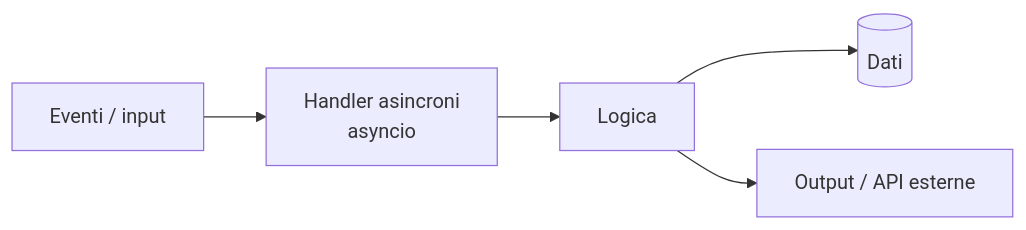
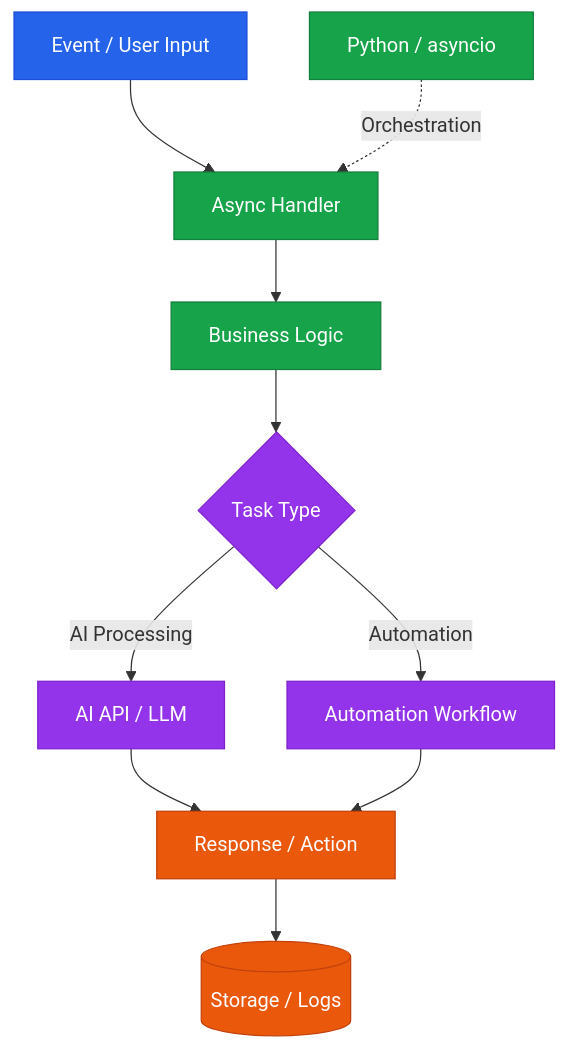
One commit to leosalazar97/leosalazar97 changed the fourth of 5 diagrams in README.md. Above: the diagram before and after it, drawn with Mermaid. The commit also changed other lines of this file, not shown here.

````diff
--- a/README.md
+++ b/README.md
@@ -116,7 +136,22 @@
 ```mermaid
-flowchart LR
-    A[Eventi / input] --> B[Handler asincroni<br/>asyncio]
-    B --> C[Logica]
-    C --> D[(Dati)]
-    C --> E[Output / API esterne]
+flowchart TD
+    A[Event / User Input] --> B[Async Handler]
+    B --> C[Business Logic]
+    C --> D{Task Type}
+    D -->|AI Processing| E[AI API / LLM]
+    D -->|Automation| F[Automation Workflow]
+    E --> G[Response / Action]
+    F --> G
+    G --> H[(Storage / Logs)]
+
+    I[Python / asyncio] -. Orchestration .-> B
+
+    classDef input fill:#2563eb,color:#fff,stroke:#1d4ed8
+    classDef logic fill:#16a34a,color:#fff,stroke:#15803d
+    classDef ai fill:#9333ea,color:#fff,stroke:#7e22ce
+    classDef output fill:#ea580c,color:#fff,stroke:#c2410c
+    class A input
+    class B,C,I logic
+    class D,E,F ai
+    class G,H output
 ```
````
